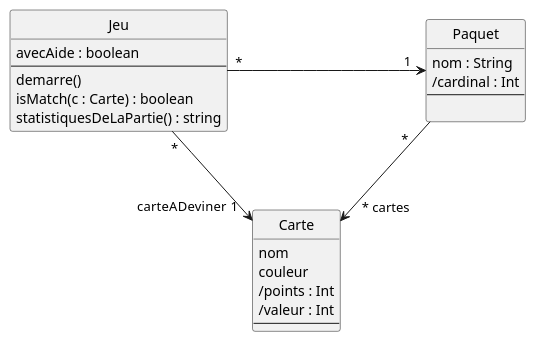
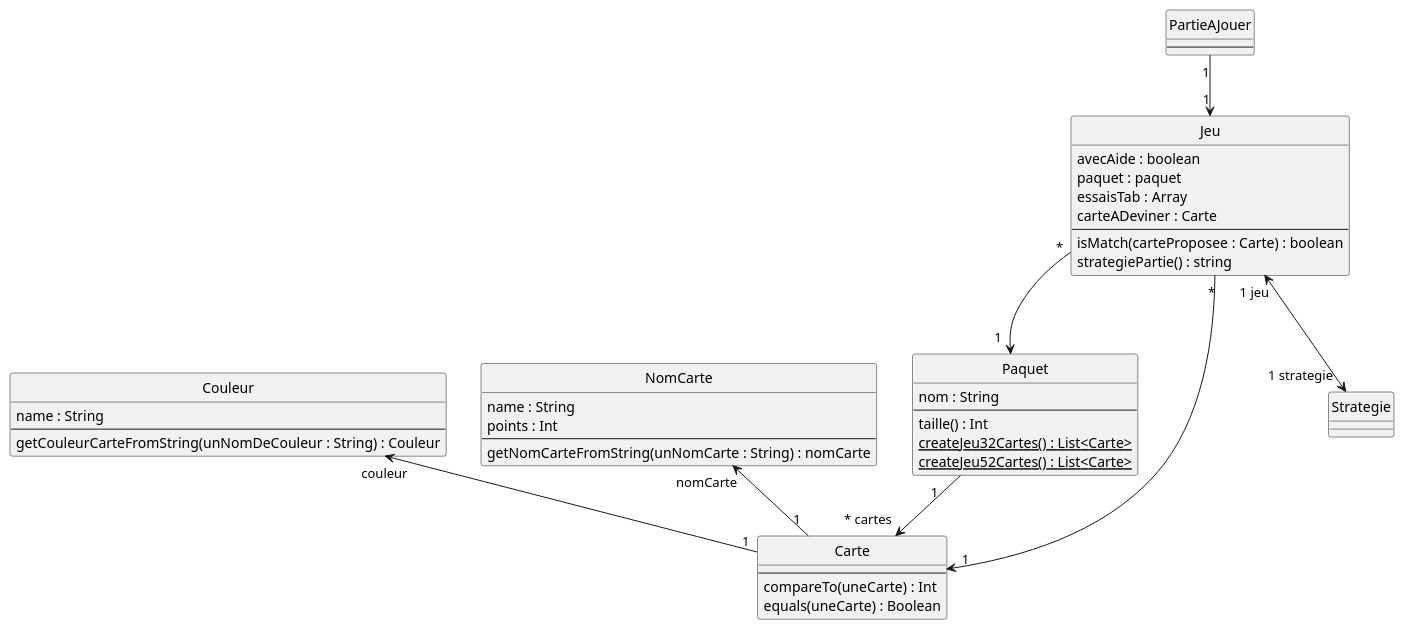
One commit to DemoxDev/devineCarte_Js changed the first of 2 diagrams in README.adoc. Above: the diagram before and after it, drawn with PlantUML.

Commit message:
Modification de diagramme de classe UML

```diff
--- a/README.adoc
+++ b/README.adoc
@@ -51,30 +51,60 @@
 [plantuml]
 ----
+@startuml
+
 class Jeu {
   avecAide : boolean
+  paquet : paquet
+  essaisTab : Array
+  carteADeviner : Carte
   ----
-  demarre()
-  isMatch(c : Carte) : boolean
-  statistiquesDeLaPartie() : string
+  isMatch(carteProposee : Carte) : boolean
+  strategiePartie() : string
 }
 
 class Paquet {
   nom : String
-  /cardinal : Int
   ---
-
+  taille() : Int
+  {static} createJeu32Cartes() : List<Carte>
+  {static} createJeu52Cartes() : List<Carte>
 }
 
 class Carte {
-  nom
-  couleur
-  /points : Int
-  /valeur : Int
+  ---
+  compareTo(uneCarte) : Int
+  equals(uneCarte) : Boolean
+}
+
+class Couleur {
+  name : String
+  ---
+  getCouleurCarteFromString(unNomDeCouleur : String) : Couleur
+}
+
+class NomCarte {
+  name : String
+  points : Int
+  ----
+  getNomCarteFromString(unNomCarte : String) : nomCarte
+}
+
+class PartieAJouer {
   ---
 }
 
-Jeu"*" -> "\ncarteADeviner  1  " Carte : "\t\t\t"
-Jeu"*" -> " 1  " Paquet : "\t\t\t\t\t\t"
-Paquet "    *    " --> "    * cartes  " Carte
+class Strategie {
+}
+
+
+PartieAJouer "1" --> "1" Jeu
+Jeu"*" --> "\n  1  " Carte : "\t\t\t"
+Jeu"*" --> " 1  " Paquet : "\t\t\t\t\t\t"
+Jeu"1 jeu" <--> "  1 strategie" Strategie
+Couleur"couleur" <-- "1" Carte
+Paquet "    1    " --> "    * cartes  " Carte
+NomCarte "nomCarte" <-- "1" Carte
 hide circle
+
+@enduml
 ----
```
